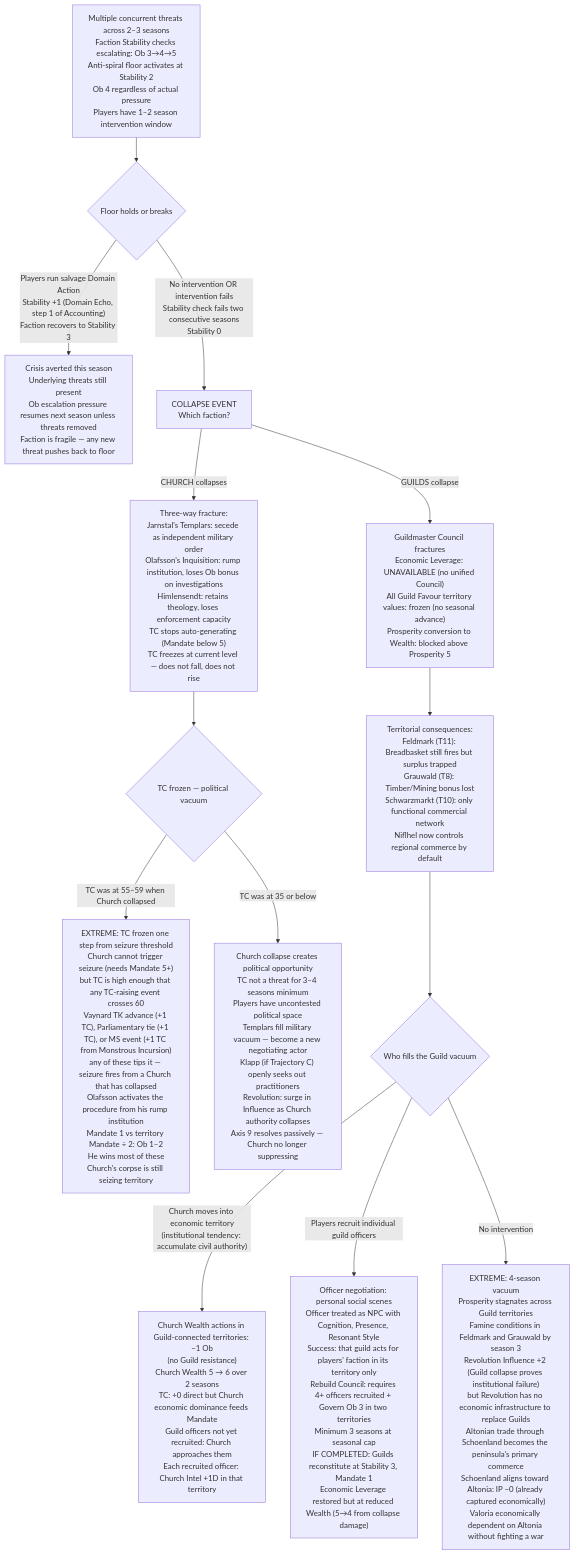
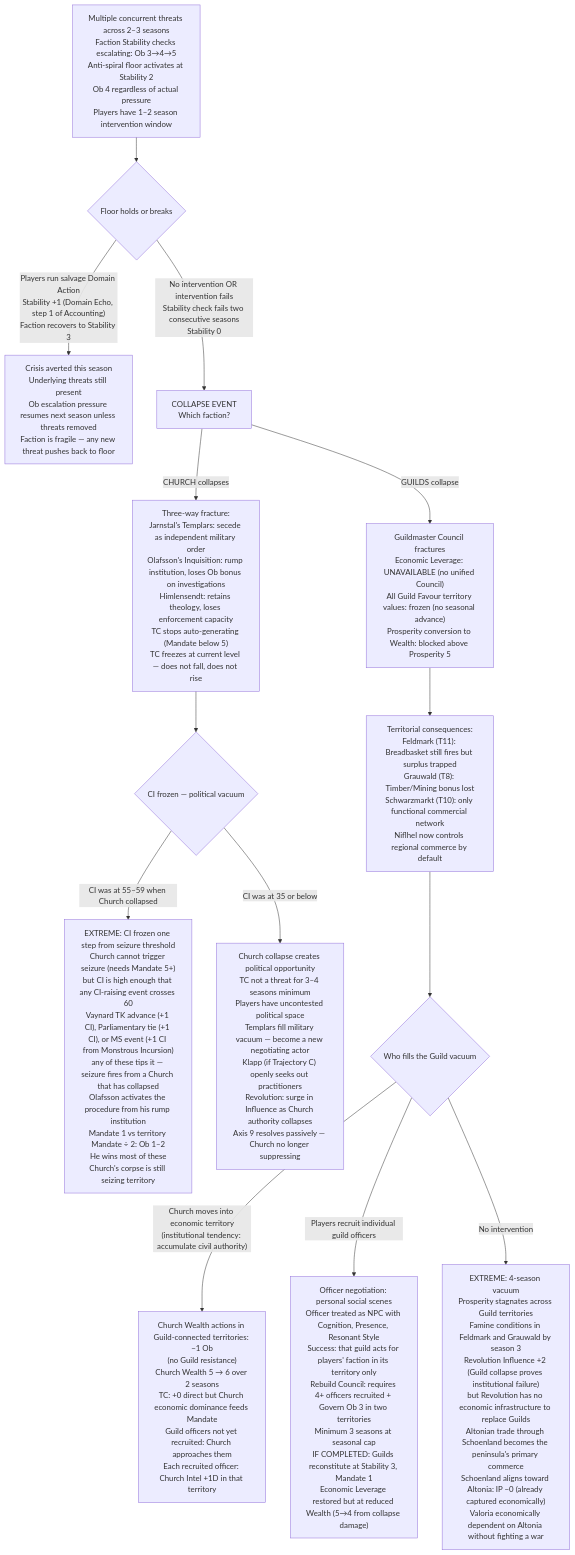
The first of 4 diagrams in designs/arcs/arcs_24_27.md (jordanelias/ttrpg), drawn with Mermaid before and after one commit. The commit also changed other lines of this file and 59 other files, not shown here.

````diff
--- a/designs/arcs/arcs_24_27.md
+++ b/designs/arcs/arcs_24_27.md
@@ -57,18 +57,18 @@
 ```mermaid
 flowchart TD
     A["Multiple concurrent threats across 2–3 seasons\nFaction Stability checks escalating: Ob 3→4→5\nAnti-spiral floor activates at Stability 2\nOb 4 regardless of actual pressure\nPlayers have 1–2 season intervention window"] --> B{Floor holds or breaks}
     B -->|"Players run salvage Domain Action\nStability +1 (Domain Echo, step 1 of Accounting)\nFaction recovers to Stability 3"| C["Crisis averted this season\nUnderlying threats still present\nOb escalation pressure resumes next season unless threats removed\nFaction is fragile — any new threat pushes back to floor"]
     B -->|"No intervention OR intervention fails\nStability check fails two consecutive seasons\nStability 0"| D["COLLAPSE EVENT\nWhich faction?"]
     
     D -->|"CHURCH collapses"| E["Three-way fracture:\nJarnstal's Templars: secede as independent military order\nOlafsson's Inquisition: rump institution, loses Ob bonus on investigations\nHimlensendt: retains theology, loses enforcement capacity\nTC stops auto-generating (Mandate below 5)\nTC freezes at current level — does not fall, does not rise"]
-    E --> F{TC frozen — political vacuum}
-    F -->|"TC was at 55–59 when Church collapsed"| G["EXTREME: TC frozen one step from seizure threshold\nChurch cannot trigger seizure (needs Mandate 5+)\nbut TC is high enough that any TC-raising event crosses 60\nVaynard TK advance (+1 TC), Parliamentary tie (+1 TC), or MS event (+1 TC from Monstrous Incursion)\nany of these tips it — seizure fires from a Church that has collapsed\nOlafsson activates the procedure from his rump institution\nMandate 1 vs territory Mandate ÷ 2: Ob 1–2\nHe wins most of these\nChurch's corpse is still seizing territory"]
-    F -->|"TC was at 35 or below"| H["Church collapse creates political opportunity\nTC not a threat for 3–4 seasons minimum\nPlayers have uncontested political space\nTemplars fill military vacuum — become a new negotiating actor\nKlapp (if Trajectory C) openly seeks out practitioners\nRevolution: surge in Influence as Church authority collapses\nAxis 9 resolves passively — Church no longer suppressing"]
+    E --> F{CI frozen — political vacuum}
+    F -->|"CI was at 55–59 when Church collapsed"| G["EXTREME: CI frozen one step from seizure threshold\nChurch cannot trigger seizure (needs Mandate 5+)\nbut CI is high enough that any CI-raising event crosses 60\nVaynard TK advance (+1 CI), Parliamentary tie (+1 CI), or MS event (+1 CI from Monstrous Incursion)\nany of these tips it — seizure fires from a Church that has collapsed\nOlafsson activates the procedure from his rump institution\nMandate 1 vs territory Mandate ÷ 2: Ob 1–2\nHe wins most of these\nChurch's corpse is still seizing territory"]
+    F -->|"CI was at 35 or below"| H["Church collapse creates political opportunity\nTC not a threat for 3–4 seasons minimum\nPlayers have uncontested political space\nTemplars fill military vacuum — become a new negotiating actor\nKlapp (if Trajectory C) openly seeks out practitioners\nRevolution: surge in Influence as Church authority collapses\nAxis 9 resolves passively — Church no longer suppressing"]
     
     D -->|"GUILDS collapse"| I["Guildmaster Council fractures\nEconomic Leverage: UNAVAILABLE (no unified Council)\nAll Guild Favour territory values: frozen (no seasonal advance)\nProsperity conversion to Wealth: blocked above Prosperity 5"]
     I --> J["Territorial consequences:\nFeldmark (T11): Breadbasket still fires but surplus trapped\nGrauwald (T8): Timber/Mining bonus lost\nSchwarzmarkt (T10): only functional commercial network\nNiflhel now controls regional commerce by default"]
     J --> K{Who fills the Guild vacuum}
     K -->|"Church moves into economic territory\n(institutional tendency: accumulate civil authority)"| L["Church Wealth actions in Guild-connected territories: −1 Ob\n(no Guild resistance)\nChurch Wealth 5 → 6 over 2 seasons\nTC: +0 direct but Church economic dominance feeds Mandate\nGuild officers not yet recruited: Church approaches them\nEach recruited officer: Church Intel +1D in that territory"]
     K -->|"Players recruit individual guild officers"| M["Officer negotiation: personal social scenes\nOfficer treated as NPC with Cognition, Presence, Resonant Style\nSuccess: that guild acts for players' faction in its territory only\nRebuild Council: requires 4+ officers recruited + Govern Ob 3 in two territories\nMinimum 3 seasons at seasonal cap\nIF COMPLETED: Guilds reconstitute at Stability 3, Mandate 1\nEconomic Leverage restored but at reduced Wealth (5→4 from collapse damage)"]
     K -->|"No intervention"| N["EXTREME: 4-season vacuum\nProsperity stagnates across Guild territories\nFamine conditions in Feldmark and Grauwald by season 3\nRevolution Influence +2 (Guild collapse proves institutional failure)\nbut Revolution has no economic infrastructure to replace Guilds\nAltonian trade through Schoenland becomes the peninsula's primary commerce\nSchoenland aligns toward Altonia: IP −0 (already captured economically)\nValoria economically dependent on Altonia without fighting a war"]
 ```
````
